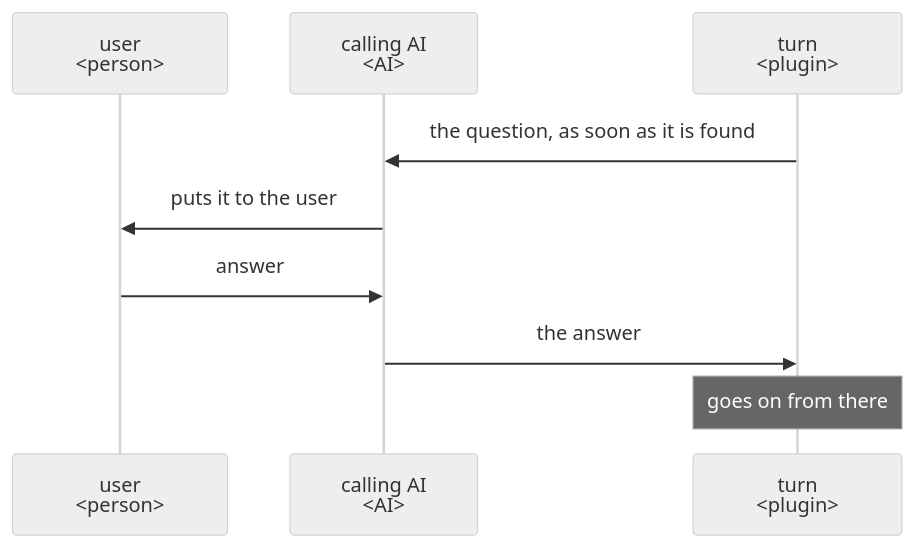
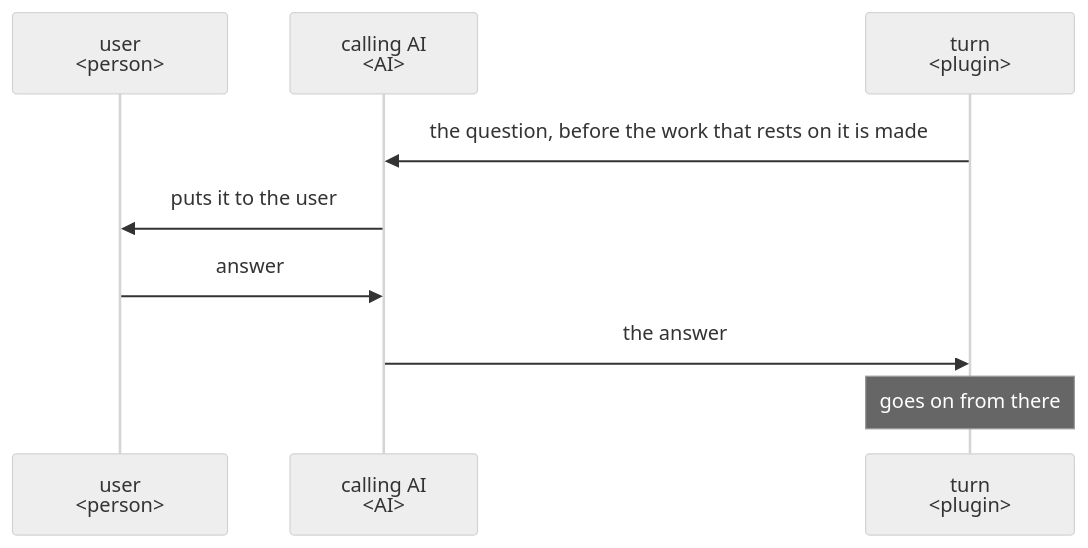
Before and after one commit to lovaizu/ccpm: the third of 4 diagrams in dev/turn/ux.md, drawn with Mermaid (neutral theme). The commit also changed other lines of this file and 2 other files, not shown here.

Commit message:
turn design: the evaluator out; the first user finds every item's Good and the orchestrator checks each holds, reading it at its lines and running what it says, a Good taken only where both hold, as the user set the orchestrator's part

````diff
--- a/dev/turn/ux.md
+++ b/dev/turn/ux.md
@@ -83,11 +83,11 @@
 ```mermaid
 sequenceDiagram
   participant U as user<br/>#lt;person#gt;
   participant C as calling AI<br/>#lt;AI#gt;
   participant T as turn<br/>#lt;plugin#gt;
-  T->>C: the question, as soon as it is found
+  T->>C: the question, before the work that rests on it is made
   C->>U: puts it to the user
   U->>C: answer
   C->>T: the answer
   Note over T: goes on from there
 ```
````
